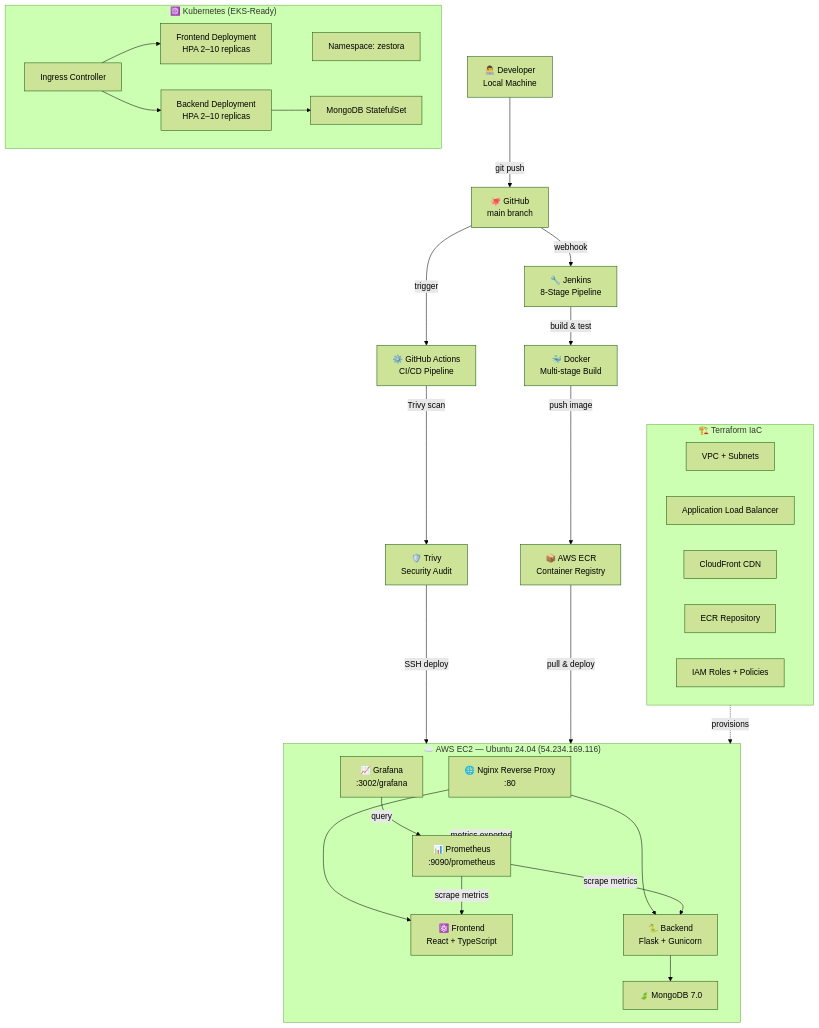
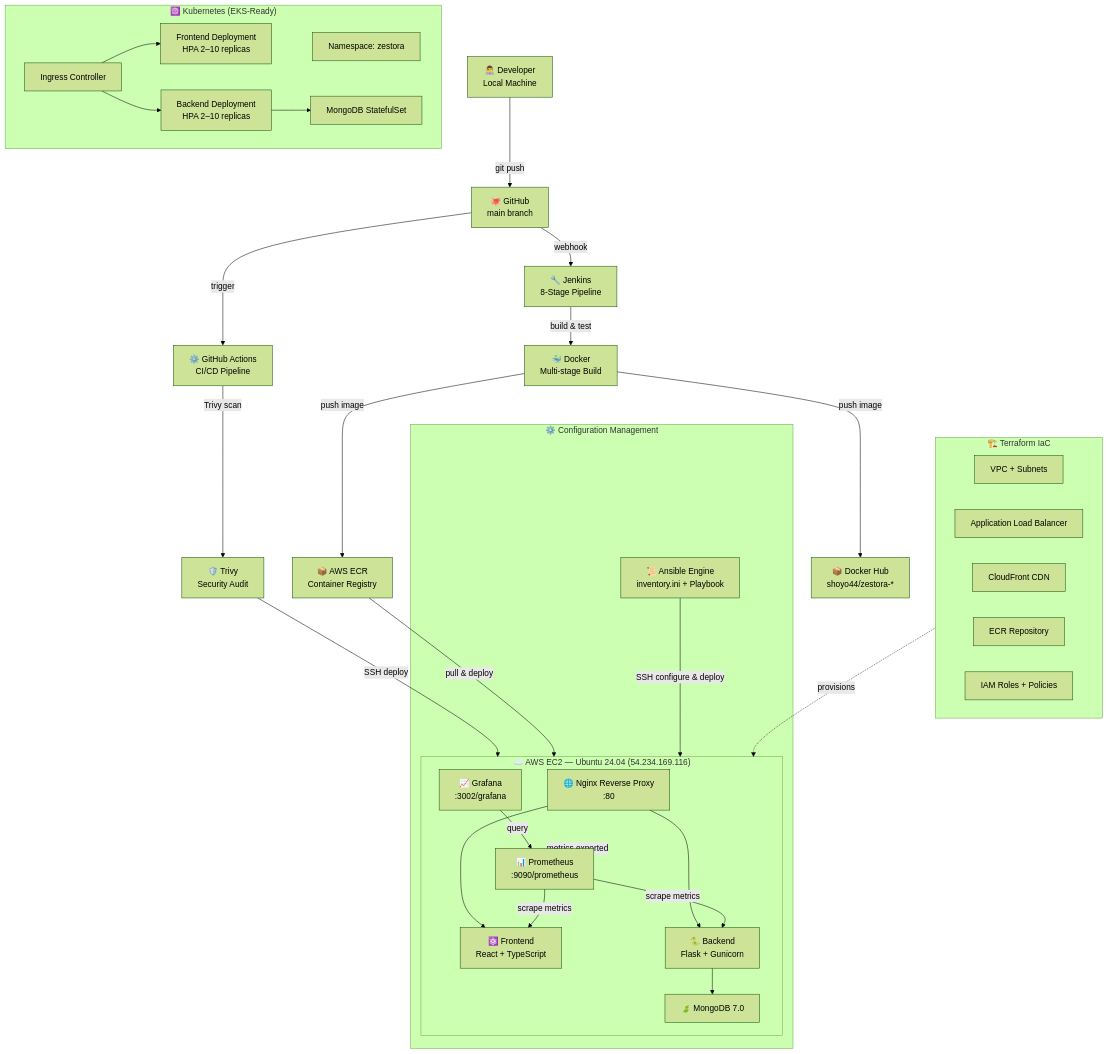
The diagram in README.md (Luffy-44/DevOps_Project), drawn with Mermaid (forest theme) before and after one commit. The commit also changed other lines of this file and 8 other files, not shown here.

Commit message:
docs: synchronize all markdown files with Ansible, Docker Hub, Jenkins, and live Kubernetes setup

````diff
--- a/README.md
+++ b/README.md
@@ -34,51 +38,57 @@
 ```mermaid
 flowchart TD
     DEV["👨‍💻 Developer\nLocal Machine"] -->|git push| GH["🐙 GitHub\nmain branch"]
 
     GH -->|trigger| GHA["⚙️ GitHub Actions\nCI/CD Pipeline"]
     GHA -->|Trivy scan| TRIVY["🛡️ Trivy\nSecurity Audit"]
     TRIVY -->|SSH deploy| EC2
 
     GH -->|webhook| JENKINS["🔧 Jenkins\n8-Stage Pipeline"]
     JENKINS -->|build & test| DOCKER_BUILD["🐳 Docker\nMulti-stage Build"]
+    DOCKER_BUILD -->|push image| DOCKER_HUB["📦 Docker Hub\nshoyo44/zestora-*"]
     DOCKER_BUILD -->|push image| ECR["📦 AWS ECR\nContainer Registry"]
     ECR -->|pull & deploy| EC2
+
+    subgraph CONFIG["⚙️ Configuration Management"]
+        ANSIBLE["📜 Ansible Engine\ninventory.ini + Playbook"]
+        ANSIBLE -->|SSH configure & deploy| EC2
+    end
 
     subgraph EC2["☁️ AWS EC2 — Ubuntu 24.04 (54.234.169.116)"]
         NGINX["🌐 Nginx Reverse Proxy\n:80"]
         FRONT["⚛️ Frontend\nReact + TypeScript"]
         BACK["🐍 Backend\nFlask + Gunicorn"]
         MONGO["🍃 MongoDB 7.0"]
         PROM["📊 Prometheus\n:9090/prometheus"]
         GRAF["📈 Grafana\n:3002/grafana"]
 
         NGINX --> FRONT
         NGINX --> BACK
         BACK --> MONGO
         PROM -->|scrape metrics| BACK
         PROM -->|scrape metrics| FRONT
         GRAF -->|query| PROM
     end
 
     subgraph K8S["☸️ Kubernetes (EKS-Ready)"]
         NS["Namespace: zestora"]
         FE_DEP["Frontend Deployment\nHPA 2–10 replicas"]
         BE_DEP["Backend Deployment\nHPA 2–10 replicas"]
         MONGO_SS["MongoDB StatefulSet"]
         ING["Ingress Controller"]
         ING --> FE_DEP
         ING --> BE_DEP
         BE_DEP --> MONGO_SS
     end
 
     subgraph TF["🏗️ Terraform IaC"]
         VPC["VPC + Subnets"]
         ALB["Application Load Balancer"]
         CF["CloudFront CDN"]
         ECR_TF["ECR Repository"]
         IAM["IAM Roles + Policies"]
     end
 
     EC2 -.->|metrics exported| PROM
     TF -.->|provisions| EC2
 ```
````
